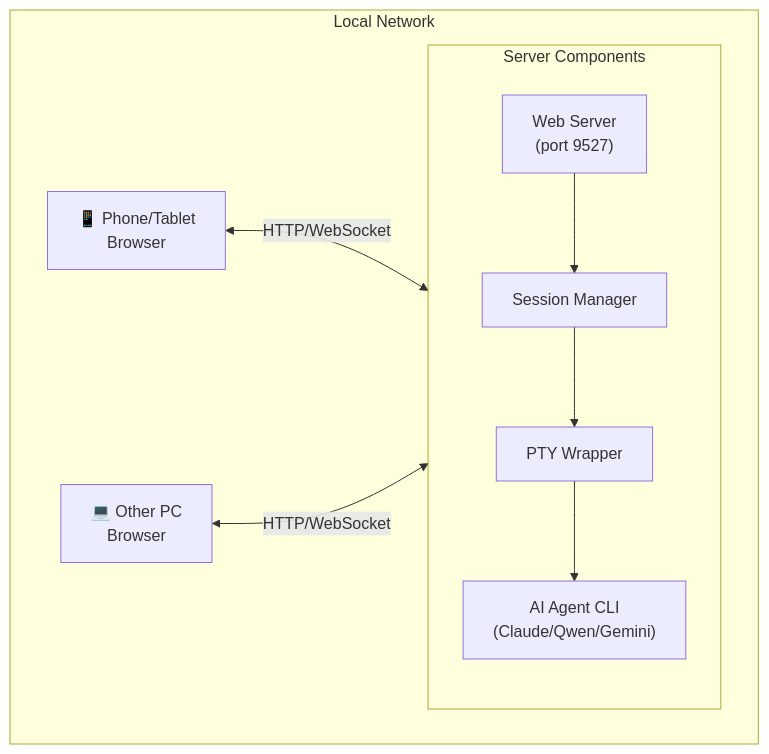
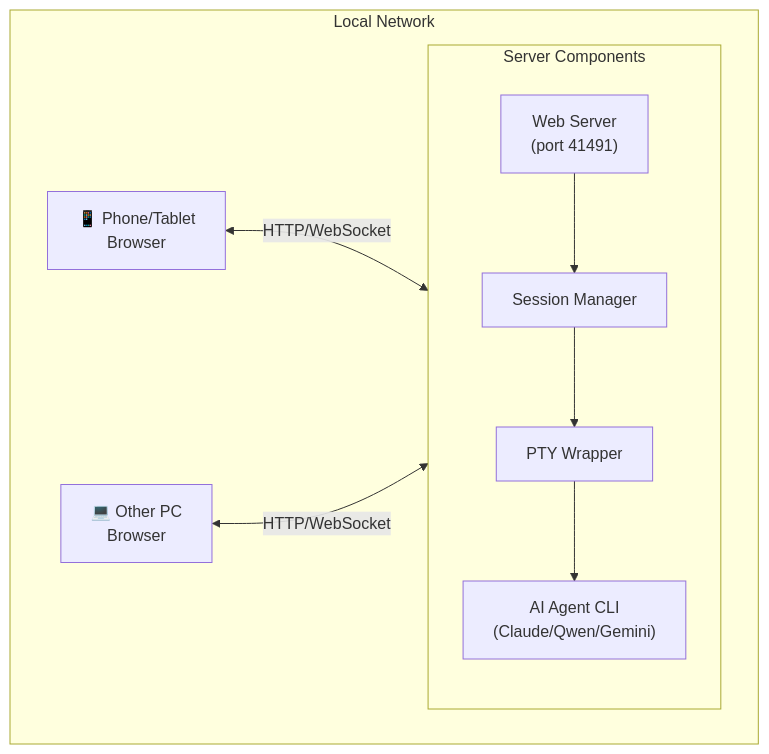
Before and after one commit to duran4000/ai-agent-remote: the diagram in README.md, drawn with Mermaid. The commit also changed other lines of this file and 12 other files, not shown here.

````diff
--- a/README.md
+++ b/README.md
@@ -25,20 +25,20 @@
 ```mermaid
 flowchart LR
     subgraph LAN["Local Network"]
         direction LR
         A["📱 Phone/Tablet<br/>Browser"]
         B["💻 Other PC<br/>Browser"]
         C["🖥️ Host PC<br/>Server"]
 
         A <-->|"HTTP/WebSocket"| C
         B <-->|"HTTP/WebSocket"| C
 
         subgraph C["Server Components"]
-            D["Web Server<br/>(port 9527)"]
+            D["Web Server<br/>(port 41491)"]
             E["Session Manager"]
             F["PTY Wrapper"]
             G["AI Agent CLI<br/>(Claude/Qwen/Gemini)"]
             D --> E --> F --> G
         end
     end
 ```
````
